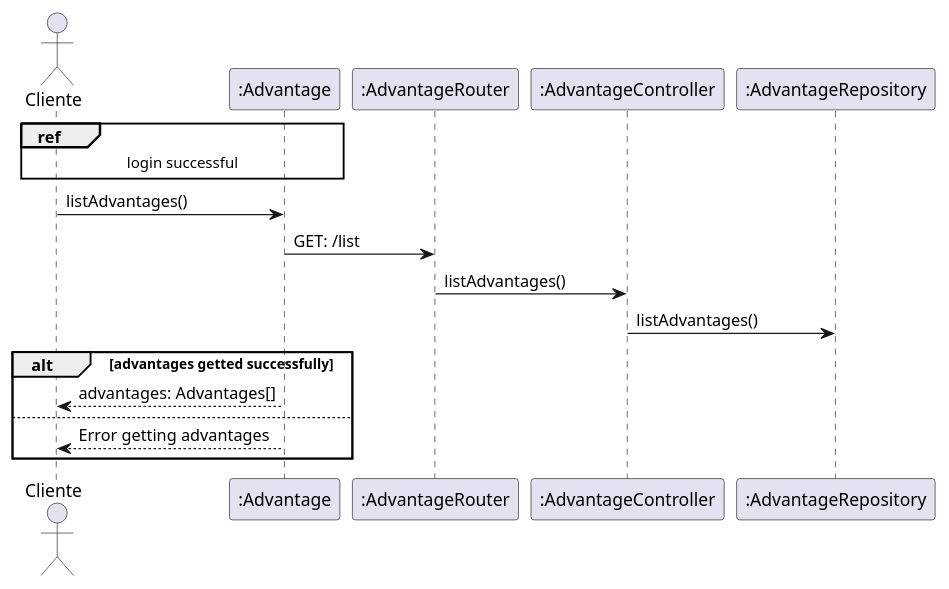
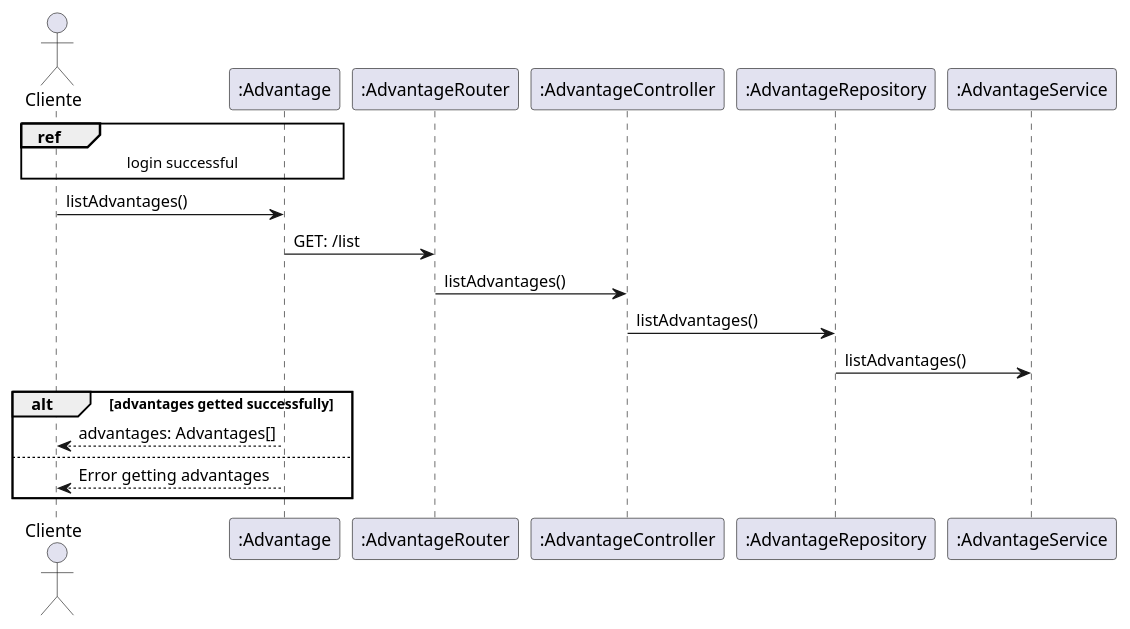
The diagram in projeto 4/project/sequenceDiagramListAdvantages.plantuml (migueltico2/laboratorio-de-desenvolvimento-de-software), drawn with PlantUML before and after one commit. The commit also changed 1 other file, not shown here.

```diff
--- a/projeto 4/project/sequenceDiagramListAdvantages.plantuml
+++ b/projeto 4/project/sequenceDiagramListAdvantages.plantuml
@@ -1,20 +1,22 @@
 @startuml
 
 actor "Cliente" as cliente
 participant ":Advantage" as ad
 participant ":AdvantageRouter" as adRouter
 participant ":AdvantageController" as adController
 participant ":AdvantageRepository" as adRepository
+participant ":AdvantageService" as adService
 
 ref over cliente, ad: login successful
 
 cliente -> ad : listAdvantages()
 ad -> adRouter : GET: /list
 adRouter -> adController : listAdvantages()
 adController -> adRepository : listAdvantages()
+adRepository -> adService : listAdvantages()
 alt advantages getted successfully
     ad --> cliente : advantages: Advantages[]
 else
     ad --> cliente : Error getting advantages
 end
 @enduml
```
